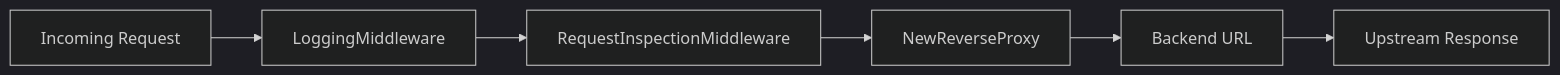
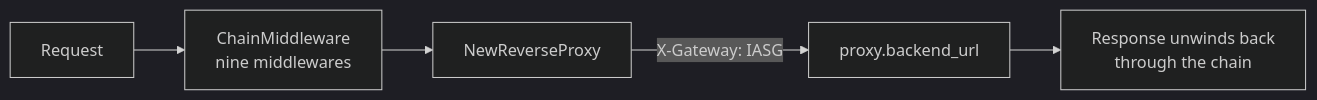
The diagram in gateway/docs/modules/proxy-module.md (Adnan-Safdari/Intelligent_API_Security_Gateway), drawn with Mermaid (dark theme) before and after one commit. The commit also changed other lines of this file and 12 other files, not shown here.

````diff
--- a/gateway/docs/modules/proxy-module.md
+++ b/gateway/docs/modules/proxy-module.md
@@ -28,8 +79,7 @@
 ```mermaid
 flowchart LR
-    Request[Incoming Request] --> Logging[LoggingMiddleware]
-    Logging --> Inspection[RequestInspectionMiddleware]
-    Inspection --> ReverseProxy[NewReverseProxy]
-    ReverseProxy --> Backend[Backend URL]
-    Backend --> Response[Upstream Response]
+    Req[Request] --> Chain[ChainMiddleware<br/>nine middlewares]
+    Chain --> RP[NewReverseProxy]
+    RP -->|X-Gateway: IASG| Backend[proxy.backend_url]
+    Backend --> Resp[Response unwinds back<br/>through the chain]
 ```
````
